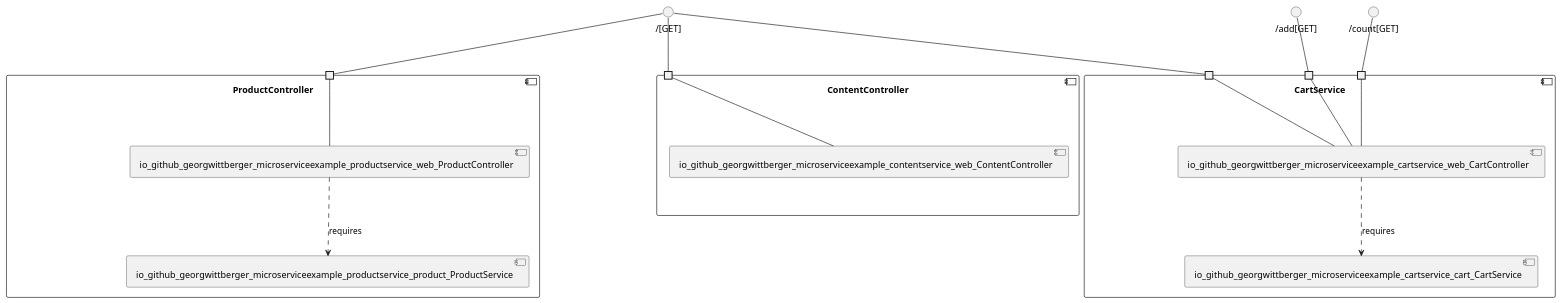
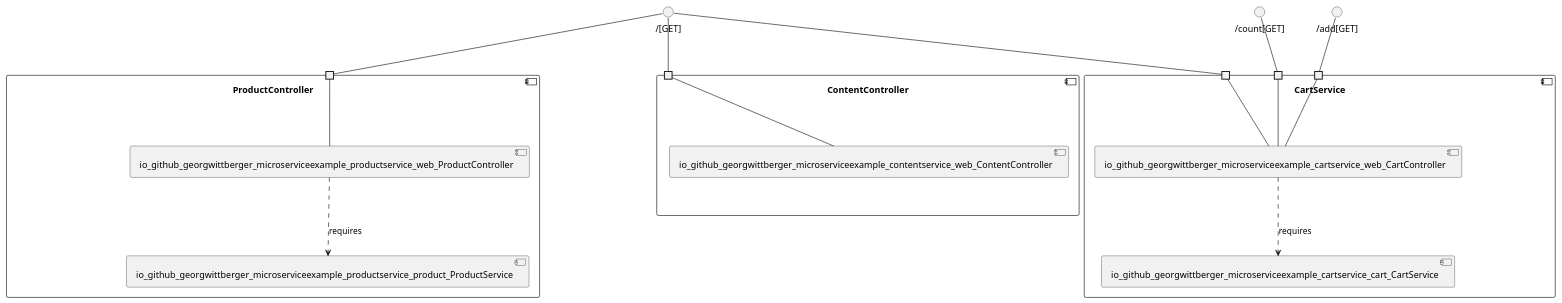
Before and after one commit to View-Based-Reverse-Engineering/Retriever-Benchmark: the diagram in georgwittberger-example/model_re/uml/componentDiagram.puml, drawn with PlantUML. The commit also changed other lines of this file and 181 other files, not shown here.

```diff
--- a/georgwittberger-example/model_re/uml/componentDiagram.puml
+++ b/georgwittberger-example/model_re/uml/componentDiagram.puml
@@ -1,37 +1,37 @@
 @startuml
 skinparam fixCircleLabelOverlapping true
 component "CartService\n\n\n\n\n\n" {
+[io_github_georgwittberger_microserviceexample_cartservice_cart_CartService]
 [io_github_georgwittberger_microserviceexample_cartservice_web_CartController]
-[io_github_georgwittberger_microserviceexample_cartservice_cart_CartService]
-portin " " as CartService.requires._add_GET_
 portin " " as CartService.requires._count_GET_
 portin " " as CartService.requires.__GET_
+portin " " as CartService.requires._add_GET_
 [io_github_georgwittberger_microserviceexample_cartservice_web_CartController]..>[io_github_georgwittberger_microserviceexample_cartservice_cart_CartService] : requires
 "CartService.requires.__GET_"--[io_github_georgwittberger_microserviceexample_cartservice_web_CartController]
 "CartService.requires._add_GET_"--[io_github_georgwittberger_microserviceexample_cartservice_web_CartController]
 "CartService.requires._count_GET_"--[io_github_georgwittberger_microserviceexample_cartservice_web_CartController]
 }
 interface "/[GET]" as interface.__GET_
 interface.__GET_--"CartService.requires.__GET_"
 interface "/add[GET]" as interface._add_GET_
 interface._add_GET_--"CartService.requires._add_GET_"
 interface "/count[GET]" as interface._count_GET_
 interface._count_GET_--"CartService.requires._count_GET_"
 component "ContentController\n\n\n\n\n\n" {
 [io_github_georgwittberger_microserviceexample_contentservice_web_ContentController]
 portin " " as ContentController.requires.__GET_
 "ContentController.requires.__GET_"--[io_github_georgwittberger_microserviceexample_contentservice_web_ContentController]
 }
 interface "/[GET]" as interface.__GET_
 interface.__GET_--"ContentController.requires.__GET_"
 component "ProductController\n\n\n\n\n\n" {
+[io_github_georgwittberger_microserviceexample_productservice_product_ProductService]
 [io_github_georgwittberger_microserviceexample_productservice_web_ProductController]
-[io_github_georgwittberger_microserviceexample_productservice_product_ProductService]
 portin " " as ProductController.requires.__GET_
 [io_github_georgwittberger_microserviceexample_productservice_web_ProductController]..>[io_github_georgwittberger_microserviceexample_productservice_product_ProductService] : requires
 "ProductController.requires.__GET_"--[io_github_georgwittberger_microserviceexample_productservice_web_ProductController]
 }
 interface "/[GET]" as interface.__GET_
 interface.__GET_--"ProductController.requires.__GET_"
 
 @enduml
```
